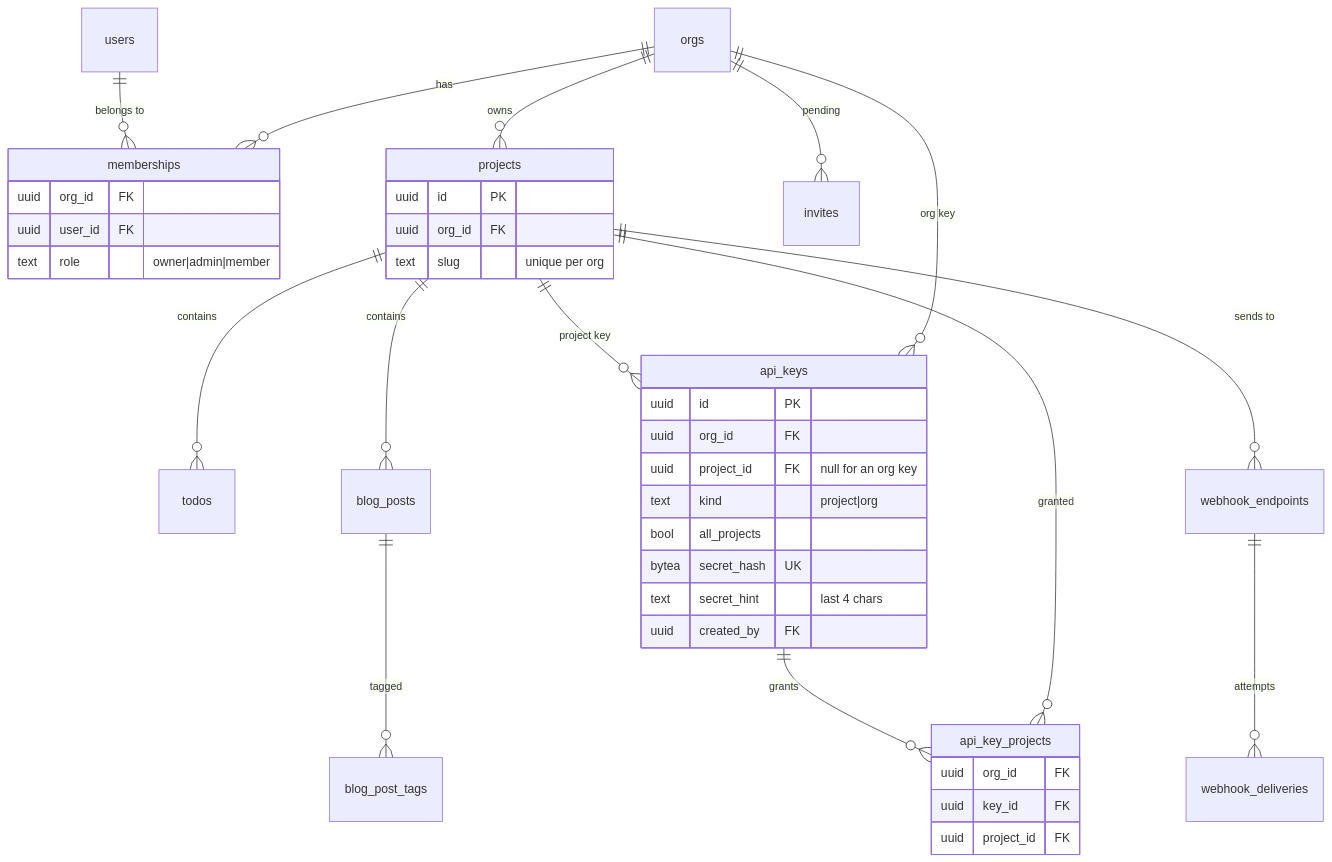
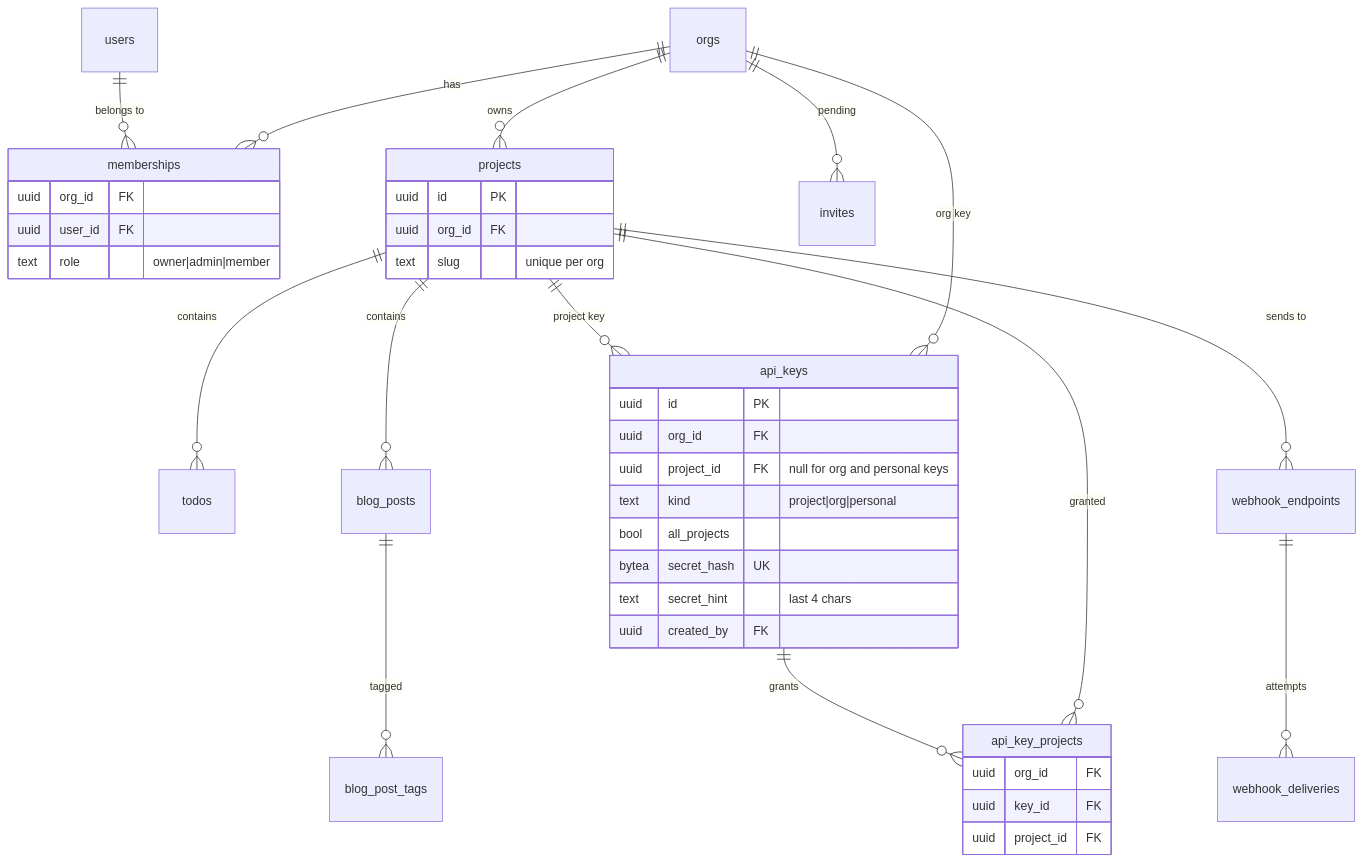
The diagram in schema/README.md (altalune-id/template), drawn with Mermaid before and after one commit. The commit also changed other lines of this file and 76 other files, not shown here.

Commit message:
feat: add personal access tokens and an org-level members:read scope

````diff
--- a/schema/README.md
+++ b/schema/README.md
@@ -36,42 +36,42 @@
 ```mermaid
 erDiagram
     users ||--o{ memberships : "belongs to"
     orgs ||--o{ memberships : "has"
     orgs ||--o{ projects : "owns"
     orgs ||--o{ invites : "pending"
     projects ||--o{ todos : "contains"
     projects ||--o{ blog_posts : "contains"
     blog_posts ||--o{ blog_post_tags : "tagged"
     projects ||--o{ api_keys : "project key"
     orgs ||--o{ api_keys : "org key"
     api_keys ||--o{ api_key_projects : "grants"
     projects ||--o{ api_key_projects : "granted"
     projects ||--o{ webhook_endpoints : "sends to"
     webhook_endpoints ||--o{ webhook_deliveries : "attempts"
 
     memberships {
         uuid org_id FK
         uuid user_id FK
         text role "owner|admin|member"
     }
     projects {
         uuid id PK
         uuid org_id FK
         text slug "unique per org"
     }
     api_keys {
         uuid id PK
         uuid org_id FK
-        uuid project_id FK "null for an org key"
-        text kind "project|org"
+        uuid project_id FK "null for org and personal keys"
+        text kind "project|org|personal"
         bool all_projects
         bytea secret_hash UK
         text secret_hint "last 4 chars"
         uuid created_by FK
     }
     api_key_projects {
         uuid org_id FK
         uuid key_id FK
         uuid project_id FK
     }
 ```
````
